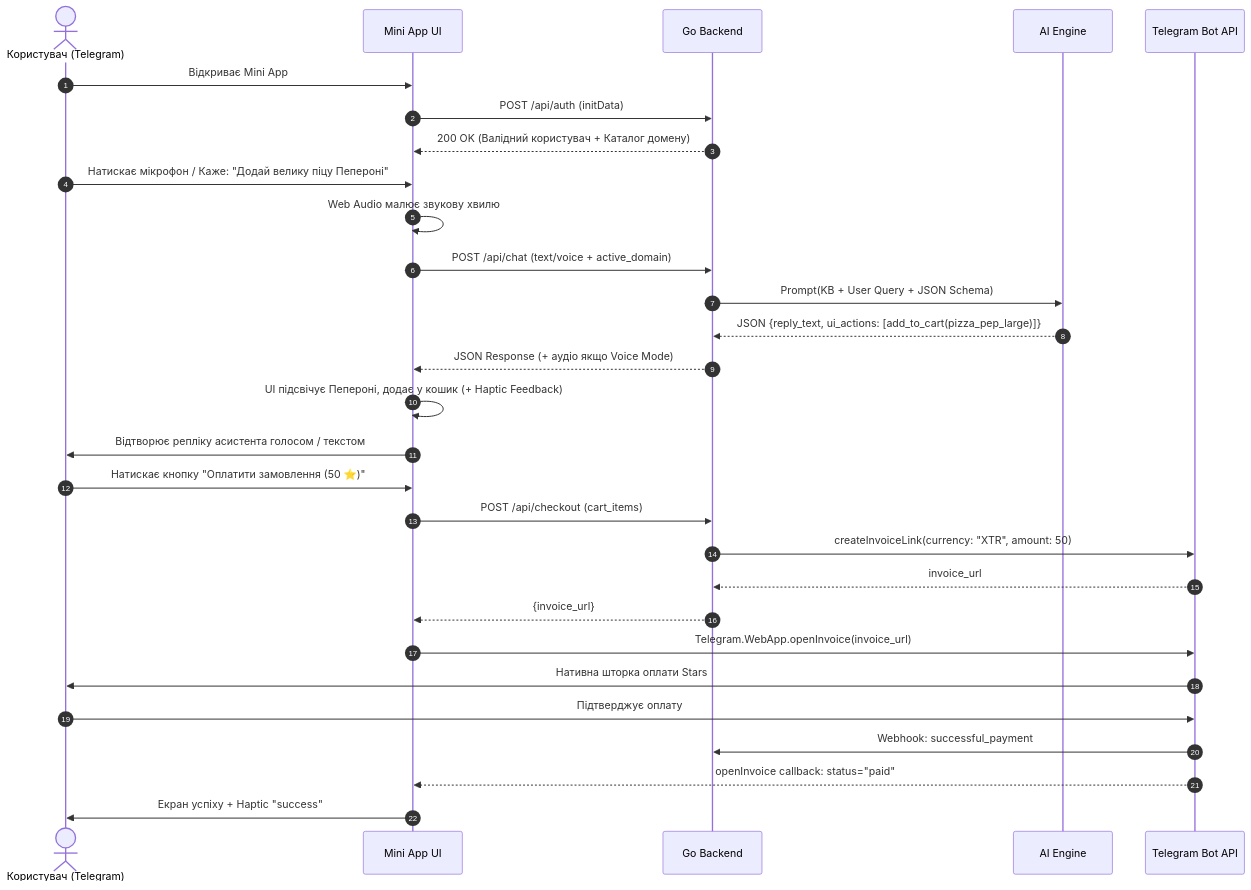
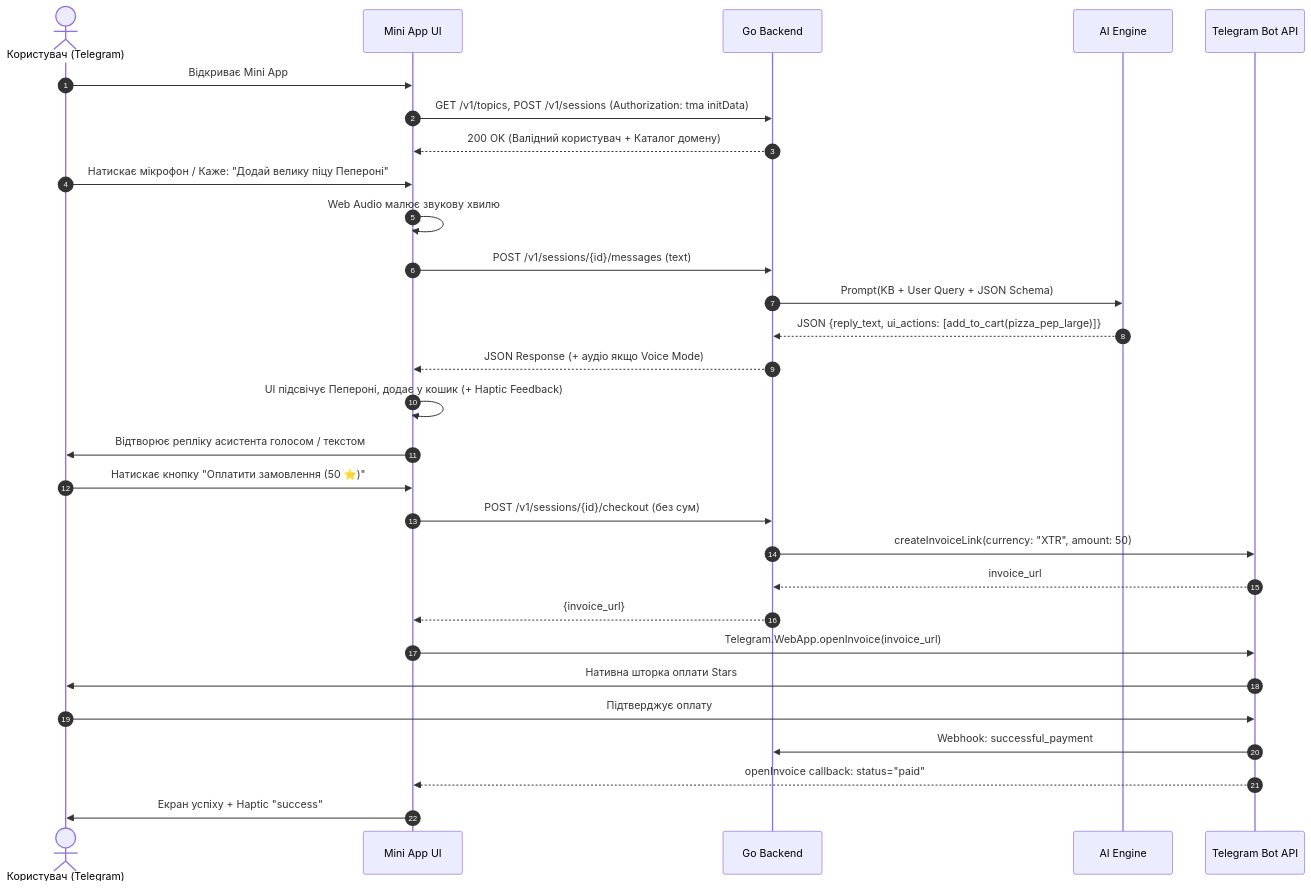
One commit to valpere/v2v-tma changed the diagram in docs/ARCHITECTURE_HLD.md. Above: the diagram before and after it, drawn with Mermaid. The commit also changed other lines of this file and 28 other files, not shown here.

First line of the commit message:
Thin-client prototype: /v1 contract, server-side cart, enforced auth, handoff docs (#1)

````diff
--- a/docs/ARCHITECTURE_HLD.md
+++ b/docs/ARCHITECTURE_HLD.md
@@ -102,35 +104,35 @@
 ```mermaid
 sequenceDiagram
     autonumber
     actor User as Користувач (Telegram)
     participant TMA as Mini App UI
     participant Srv as Go Backend
     participant LLM as AI Engine
     participant TG as Telegram Bot API
 
     User->>TMA: Відкриває Mini App
-    TMA->>Srv: POST /api/auth (initData)
+    TMA->>Srv: GET /v1/topics, POST /v1/sessions (Authorization: tma initData)
     Srv-->>TMA: 200 OK (Валідний користувач + Каталог домену)
 
     User->>TMA: Натискає мікрофон / Каже: "Додай велику піцу Пепероні"
     TMA->>TMA: Web Audio малює звукову хвилю
-    TMA->>Srv: POST /api/chat (text/voice + active_domain)
+    TMA->>Srv: POST /v1/sessions/{id}/messages (text)
     Srv->>LLM: Prompt(KB + User Query + JSON Schema)
     LLM-->>Srv: JSON {reply_text, ui_actions: [add_to_cart(pizza_pep_large)]}
     Srv-->>TMA: JSON Response (+ аудіо якщо Voice Mode)
 
     TMA->>TMA: UI підсвічує Пепероні, додає у кошик (+ Haptic Feedback)
     TMA->>User: Відтворює репліку асистента голосом / текстом
 
     User->>TMA: Натискає кнопку "Оплатити замовлення (50 ⭐)"
-    TMA->>Srv: POST /api/checkout (cart_items)
+    TMA->>Srv: POST /v1/sessions/{id}/checkout (без сум)
     Srv->>TG: createInvoiceLink(currency: "XTR", amount: 50)
     TG-->>Srv: invoice_url
     Srv-->>TMA: {invoice_url}
     TMA->>TG: Telegram.WebApp.openInvoice(invoice_url)
     TG->>User: Нативна шторка оплати Stars
     User->>TG: Підтверджує оплату
     TG->>Srv: Webhook: successful_payment
     TG-->>TMA: openInvoice callback: status="paid"
     TMA->>User: Екран успіху + Haptic "success"
 ```
````
